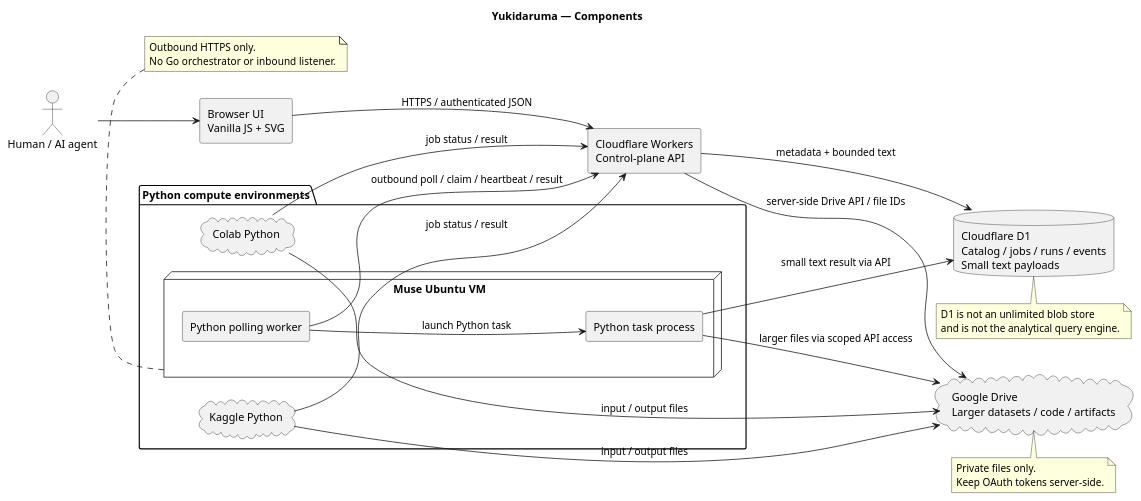
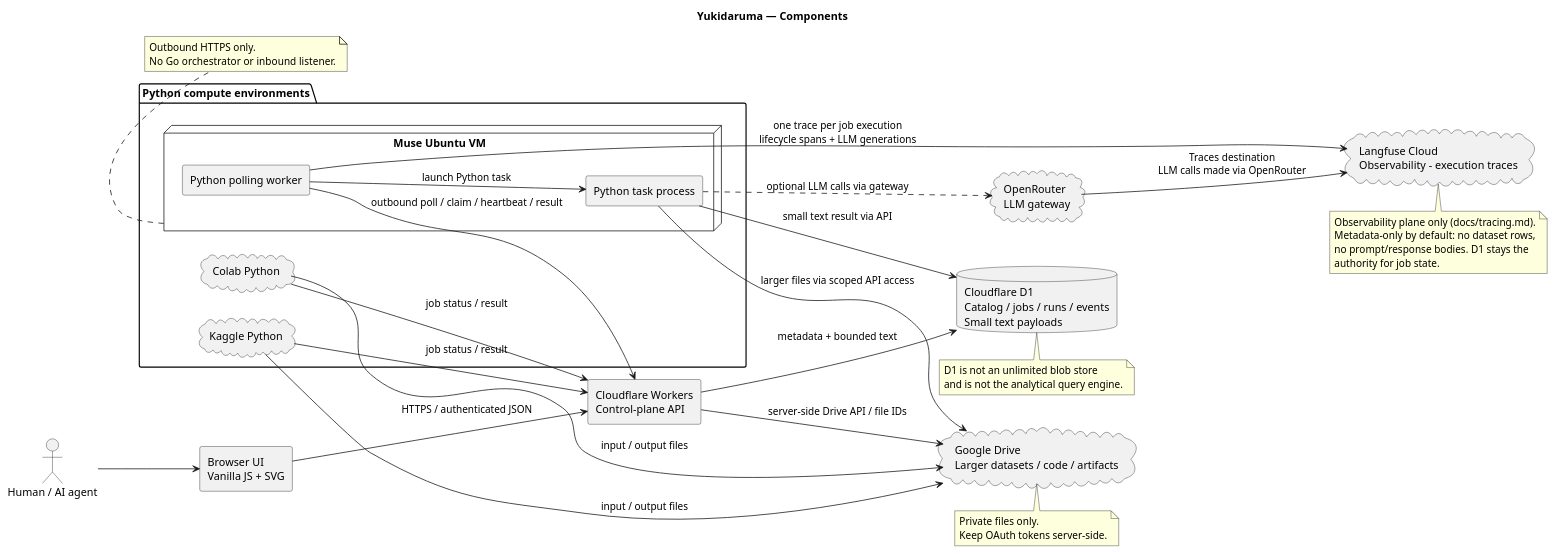
The first of 4 diagrams in docs/architecture.puml (bonsai/yukidaruma), drawn with PlantUML before and after one commit. The commit also changed other lines of this file and 3 other files, not shown here.

First line of the commit message:
docs: add Langfuse tracing design (aligned to ADR-001/ADR-002 architecture)

```diff
--- a/docs/architecture.puml
+++ b/docs/architecture.puml
@@ -5,46 +5,57 @@
 @startuml yukidaruma_components
 title Yukidaruma — Components
 left to right direction
 skinparam componentStyle rectangle
 
 actor "Human / AI agent" as User
 component "Browser UI\nVanilla JS + SVG" as UI
 component "Cloudflare Workers\nControl-plane API" as API
 database "Cloudflare D1\nCatalog / jobs / runs / events\nSmall text payloads" as D1
 cloud "Google Drive\nLarger datasets / code / artifacts" as Drive
+cloud "OpenRouter\nLLM gateway" as OpenRouter
+cloud "Langfuse Cloud\nObservability - execution traces" as Langfuse
 
 package "Python compute environments" {
   node "Muse Ubuntu VM" as Muse {
     component "Python polling worker" as Worker
     component "Python task process" as PyTask
   }
   cloud "Kaggle Python" as Kaggle
   cloud "Colab Python" as Colab
 }
 
 User --> UI
 UI --> API : HTTPS / authenticated JSON
 API --> D1 : metadata + bounded text
 API --> Drive : server-side Drive API / file IDs
 Worker --> API : outbound poll / claim / heartbeat / result
 Worker --> PyTask : launch Python task
 PyTask --> D1 : small text result via API
 PyTask --> Drive : larger files via scoped API access
 Kaggle --> API : job status / result
 Kaggle --> Drive : input / output files
 Colab --> API : job status / result
 Colab --> Drive : input / output files
+Worker --> Langfuse : one trace per job execution\nlifecycle spans + LLM generations
+PyTask ..> OpenRouter : optional LLM calls via gateway
+OpenRouter --> Langfuse : Traces destination\nLLM calls made via OpenRouter
 
 note bottom of D1
   D1 is not an unlimited blob store
   and is not the analytical query engine.
 end note
 note bottom of Drive
   Private files only.
   Keep OAuth tokens server-side.
 end note
 note bottom of Muse
   Outbound HTTPS only.
   No Go orchestrator or inbound listener.
 end note
+note bottom of Langfuse
+  Observability plane only (docs/tracing.md).
+  Metadata-only by default: no dataset rows,
+  no prompt/response bodies. D1 stays the
+  authority for job state.
+end note
 @enduml
```
